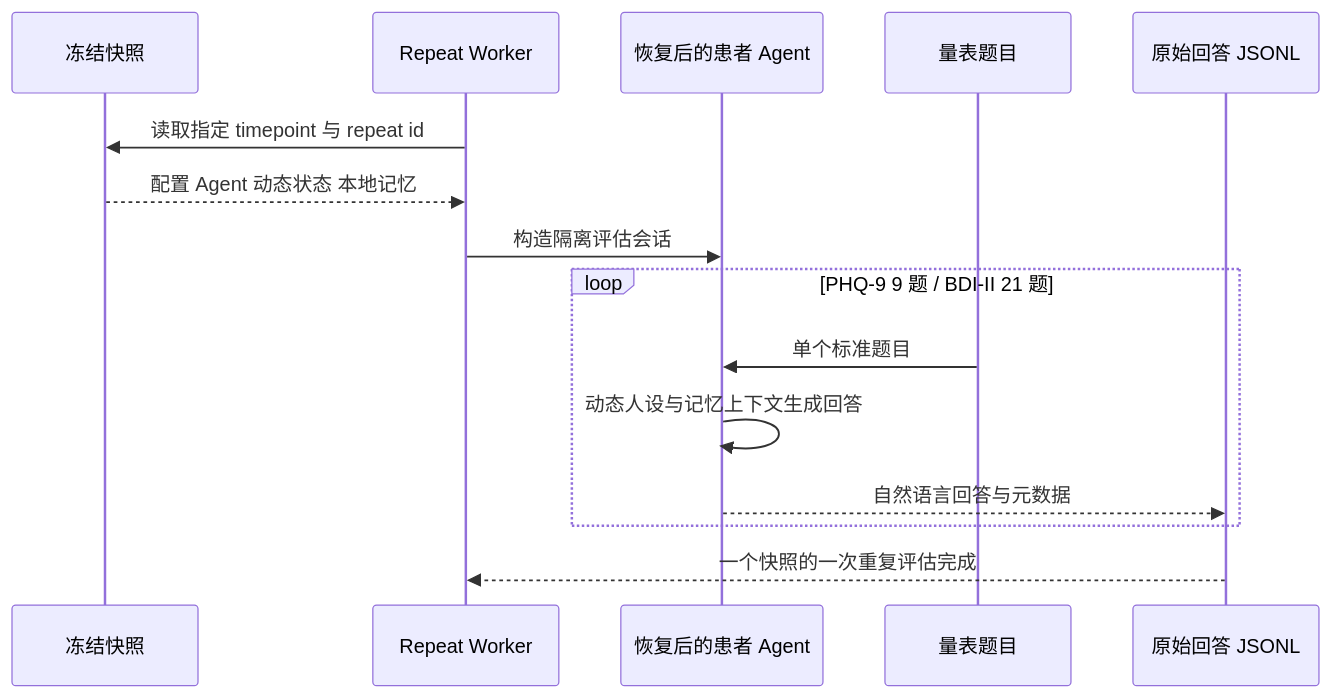
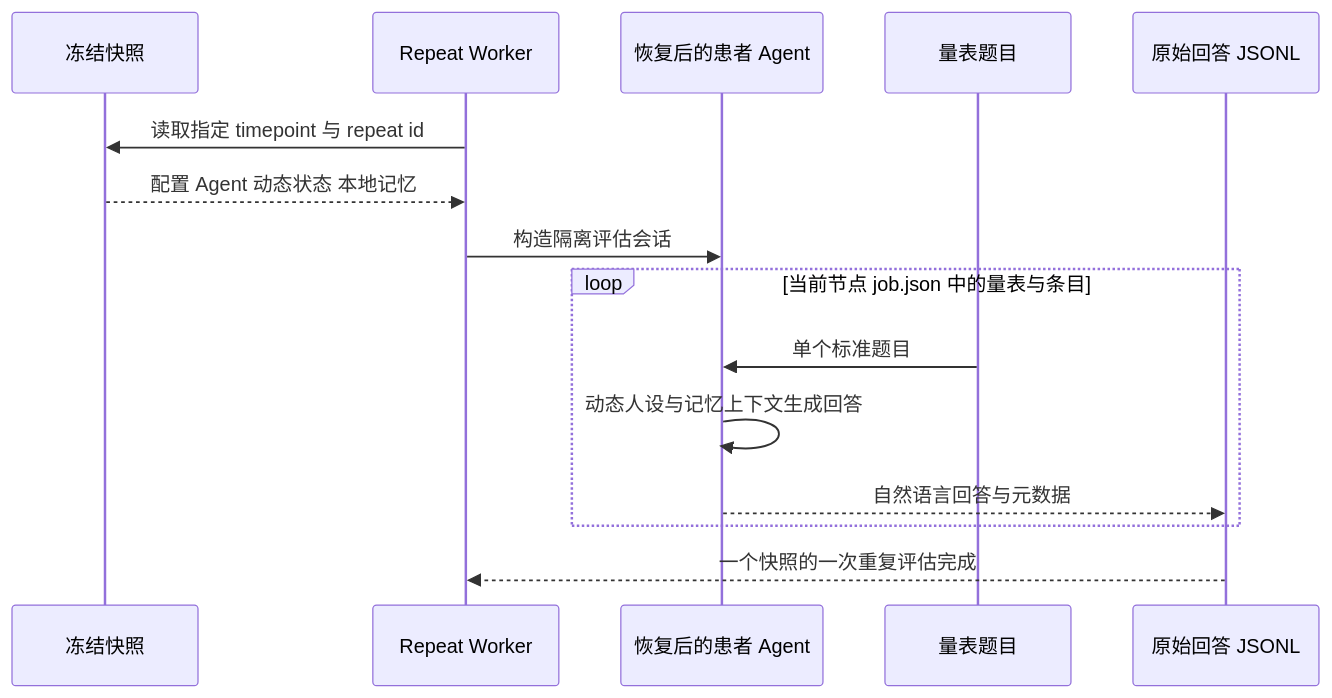
Before and after one commit to MUSE-Lab-SZU/generative_agents: the second of 4 diagrams in docs/town_method/04_evaluation.md, drawn with Mermaid. The commit also changed other lines of this file and 77 other files, not shown here.

````diff
--- a/docs/town_method/04_evaluation.md
+++ b/docs/town_method/04_evaluation.md
@@ -92,17 +100,17 @@
 ```mermaid
 sequenceDiagram
     participant R as 冻结快照
     participant W as Repeat Worker
     participant A as 恢复后的患者 Agent
     participant Q as 量表题目
     participant O as 原始回答 JSONL
     W->>R: 读取指定 timepoint 与 repeat id
     R-->>W: 配置 Agent 动态状态 本地记忆
     W->>A: 构造隔离评估会话
-    loop PHQ-9 9 题 / BDI-II 21 题
+    loop 当前节点 job.json 中的量表与条目
         Q->>A: 单个标准题目
         A->>A: 动态人设与记忆上下文生成回答
         A-->>O: 自然语言回答与元数据
     end
     O-->>W: 一个快照的一次重复评估完成
 ```
````
